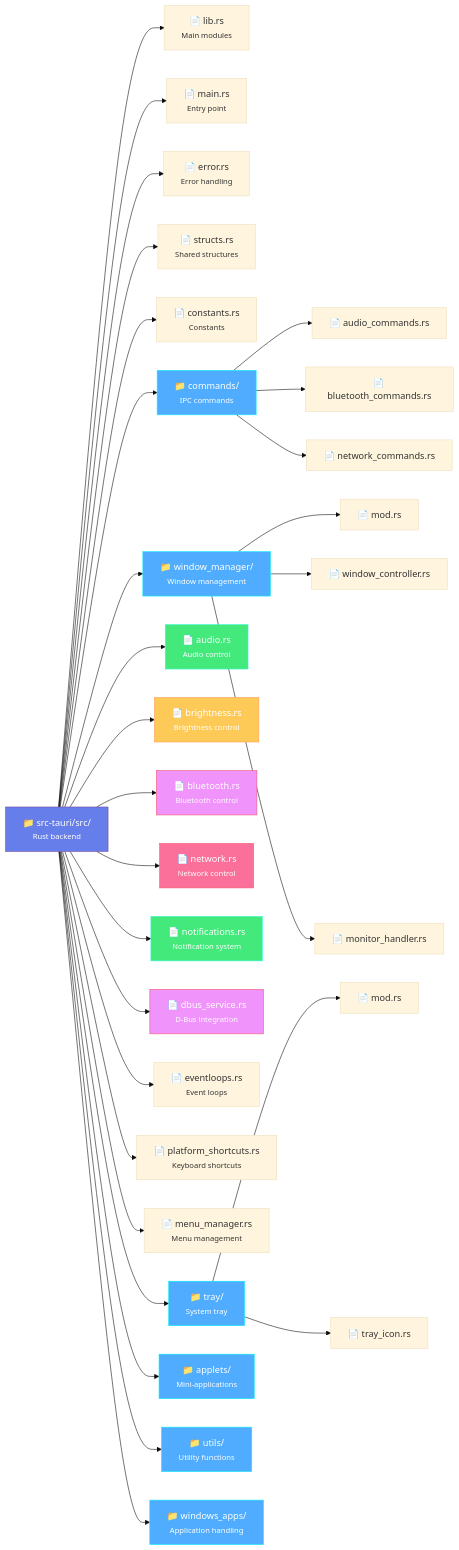
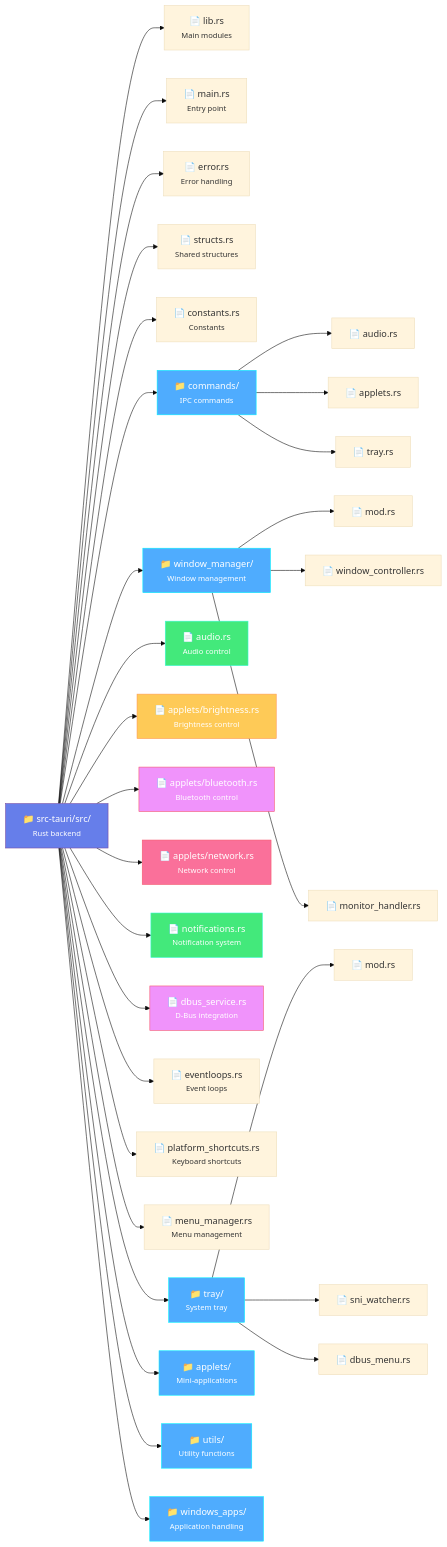
Before and after one commit to Vasak-OS/website: the seventh of 7 diagrams in content/docs/devs/vasak-desktop/architecture.en.md, drawn with Mermaid (base theme). The commit also changed other lines of this file and 33 other files, not shown here.

```diff
--- a/content/docs/devs/vasak-desktop/architecture.en.md
+++ b/content/docs/devs/vasak-desktop/architecture.en.md
@@ -421,49 +416,50 @@
 {{< mermaid >}}
 graph LR
     SrcTauri["📁 src-tauri/src/<br/><small>Rust backend</small>"]
     SrcTauri --> LibRs["📄 lib.rs<br/><small>Main modules</small>"]
     SrcTauri --> MainRs["📄 main.rs<br/><small>Entry point</small>"]
     SrcTauri --> ErrorRs["📄 error.rs<br/><small>Error handling</small>"]
     SrcTauri --> StructRs["📄 structs.rs<br/><small>Shared structures</small>"]
     SrcTauri --> ConstRs["📄 constants.rs<br/><small>Constants</small>"]
     SrcTauri --> Commands["📁 commands/<br/><small>IPC commands</small>"]
     SrcTauri --> WinMgr["📁 window_manager/<br/><small>Window management</small>"]
     SrcTauri --> AudioRs["📄 audio.rs<br/><small>Audio control</small>"]
-    SrcTauri --> BrightRs["📄 brightness.rs<br/><small>Brightness control</small>"]
-    SrcTauri --> BTRs["📄 bluetooth.rs<br/><small>Bluetooth control</small>"]
-    SrcTauri --> NetRs["📄 network.rs<br/><small>Network control</small>"]
+    SrcTauri --> BrightRs["📄 applets/brightness.rs<br/><small>Brightness control</small>"]
+    SrcTauri --> BTRs["📄 applets/bluetooth.rs<br/><small>Bluetooth control</small>"]
+    SrcTauri --> NetRs["📄 applets/network.rs<br/><small>Network control</small>"]
     SrcTauri --> NotifRs["📄 notifications.rs<br/><small>Notification system</small>"]
     SrcTauri --> DBusRs["📄 dbus_service.rs<br/><small>D-Bus integration</small>"]
     SrcTauri --> EventsRs["📄 eventloops.rs<br/><small>Event loops</small>"]
     SrcTauri --> ShortcutsRs["📄 platform_shortcuts.rs<br/><small>Keyboard shortcuts</small>"]
     SrcTauri --> MenuRs["📄 menu_manager.rs<br/><small>Menu management</small>"]
     SrcTauri --> Tray["📁 tray/<br/><small>System tray</small>"]
     SrcTauri --> Applets["📁 applets/<br/><small>Mini-applications</small>"]
     SrcTauri --> Utils["📁 utils/<br/><small>Utility functions</small>"]
     SrcTauri --> WinApps["📁 windows_apps/<br/><small>Application handling</small>"]
     
-    Commands --> AudioCmd["📄 audio_commands.rs"]
-    Commands --> BTCmd["📄 bluetooth_commands.rs"]
-    Commands --> NetCmd["📄 network_commands.rs"]
+    Commands --> AudioCmd["📄 audio.rs"]
+    Commands --> BTCmd["📄 applets.rs"]
+    Commands --> NetCmd["📄 tray.rs"]
     
     WinMgr --> ModWin["📄 mod.rs"]
     WinMgr --> WinCtrl["📄 window_controller.rs"]
     WinMgr --> MonMgr["📄 monitor_handler.rs"]
     
     Tray --> ModTray["📄 mod.rs"]
-    Tray --> TrayIcon["📄 tray_icon.rs"]
+    Tray --> TrayIcon["📄 sni_watcher.rs"]
+    Tray --> TrayMenu["📄 dbus_menu.rs"]
     
     style SrcTauri fill:#667eea,stroke:#764ba2,color:#fff
     style Commands fill:#4facfe,stroke:#00f2fe,color:#fff
     style WinMgr fill:#4facfe,stroke:#00f2fe,color:#fff
     style Tray fill:#4facfe,stroke:#00f2fe,color:#fff
     style Utils fill:#4facfe,stroke:#00f2fe,color:#fff
     style Applets fill:#4facfe,stroke:#00f2fe,color:#fff
     style WinApps fill:#4facfe,stroke:#00f2fe,color:#fff
     style AudioRs fill:#43e97b,stroke:#38f9d7,color:#fff
     style BrightRs fill:#feca57,stroke:#ff9a56,color:#fff
     style BTRs fill:#f093fb,stroke:#f5576c,color:#fff
     style NetRs fill:#fa709a,stroke:#f5576c,color:#fff
     style NotifRs fill:#43e97b,stroke:#38f9d7,color:#fff
     style DBusRs fill:#f093fb,stroke:#f5576c,color:#fff
 {{< /mermaid >}}
```
